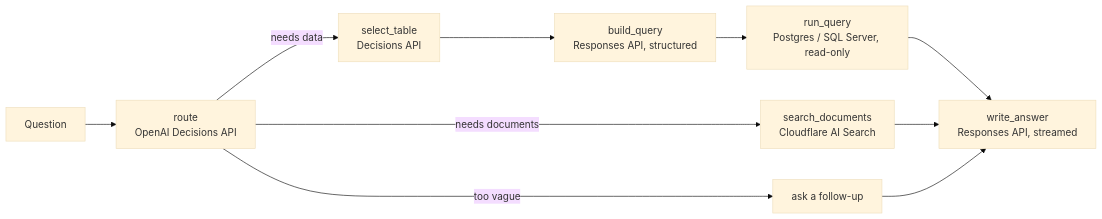
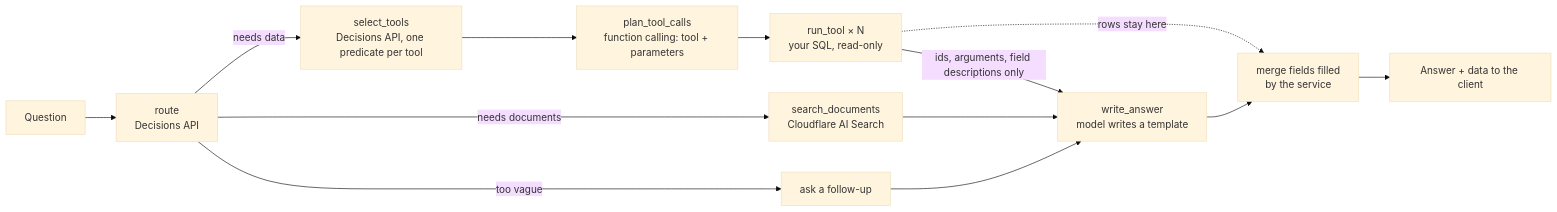
Before and after one commit to Tuck1297/business-qa-agent: the diagram in README.md, drawn with Mermaid (base theme). The commit also changed other lines of this file and 43 other files, not shown here.

First line of the commit message:
Database route: only your SQL runs, as named tools; rows never go to the model (merge fields)

````diff
--- a/README.md
+++ b/README.md
@@ -18,12 +24,14 @@
 ```mermaid
 flowchart LR
-  Q[Question] --> R["route<br/>OpenAI Decisions API"]
-  R -->|needs data| T["select_table<br/>Decisions API"]
-  T --> P["build_query<br/>Responses API, structured"]
-  P --> X["run_query<br/>Postgres / SQL Server, read-only"]
+  Q[Question] --> R["route<br/>Decisions API"]
+  R -->|needs data| S["select_tools<br/>Decisions API, one predicate per tool"]
+  S --> P["plan_tool_calls<br/>function calling: tool + parameters"]
+  P --> X["run_tool × N<br/>your SQL, read-only"]
   R -->|needs documents| D["search_documents<br/>Cloudflare AI Search"]
   R -->|too vague| C[ask a follow-up]
-  X --> A["write_answer<br/>Responses API, streamed"]
-  D --> A
+  X -. rows stay here .-> M["merge fields filled<br/>by the service"]
+  D --> A["write_answer<br/>model writes a template"]
+  X -->|ids, arguments, field descriptions only| A
   C --> A
+  A --> M --> Out[Answer + data to the client]
 ```
````
